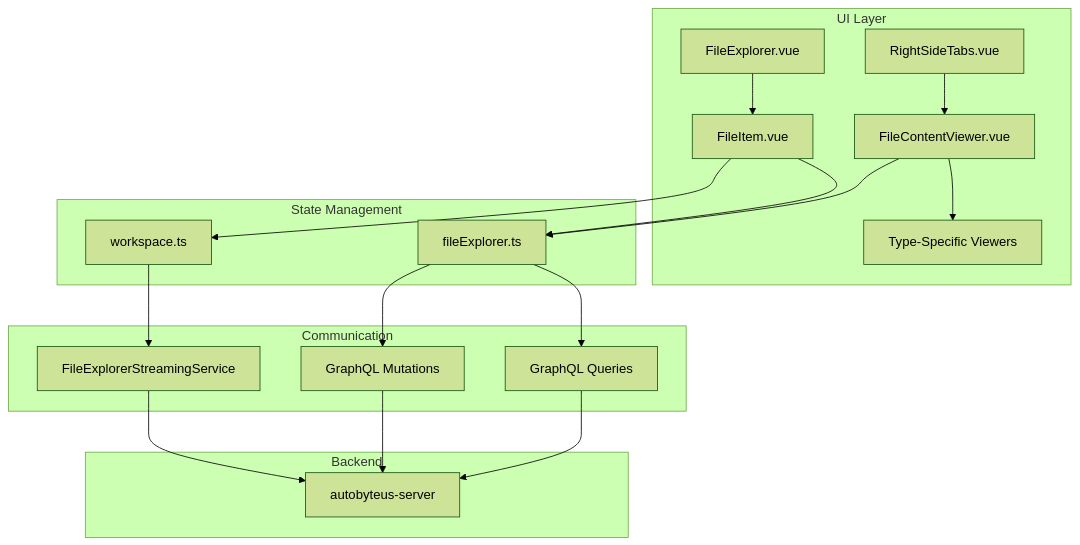
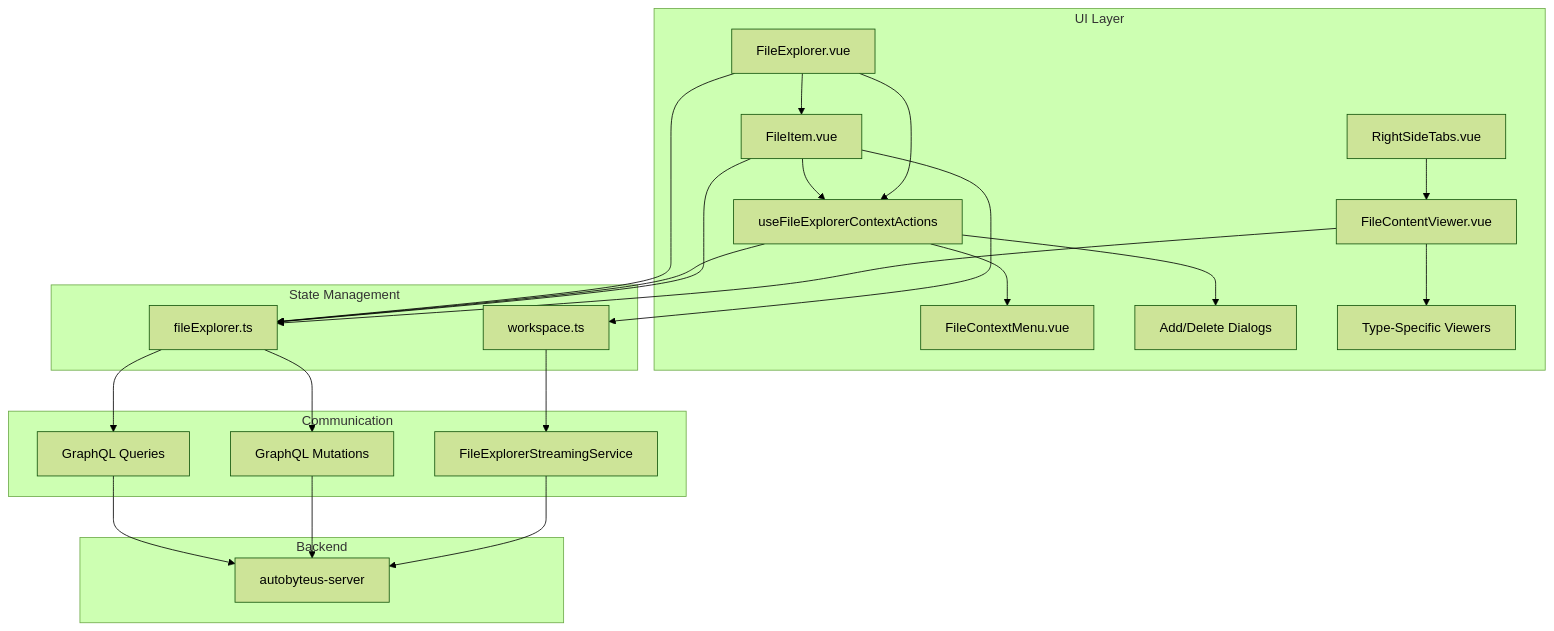
The first of 3 diagrams in autobyteus-web/docs/file_explorer.md (AutoByteus/autobyteus-workspace), drawn with Mermaid (forest theme) before and after one commit. The commit also changed other lines of this file and 43 other files, not shown here.

Commit message:
fix(web): restore file explorer context menu

````diff
--- a/autobyteus-web/docs/file_explorer.md
+++ b/autobyteus-web/docs/file_explorer.md
@@ -63,41 +67,50 @@
 ```mermaid
 flowchart TD
     subgraph "UI Layer"
         FileExplorer[FileExplorer.vue]
         FileItem[FileItem.vue]
+        ContextActions[useFileExplorerContextActions]
+        ContextMenu[FileContextMenu.vue]
+        ContextDialogs[Add/Delete Dialogs]
         RightSideTabs[RightSideTabs.vue]
         FileContentViewer[FileContentViewer.vue]
         Viewers[Type-Specific Viewers]
     end
 
     subgraph "State Management"
         WorkspaceStore[workspace.ts]
         FileExplorerStore[fileExplorer.ts]
     end
 
     subgraph "Communication"
         Queries[GraphQL Queries]
         Mutations[GraphQL Mutations]
         WebSocket[FileExplorerStreamingService]
     end
 
     subgraph "Backend"
         Server[autobyteus-server]
     end
 
     FileExplorer --> FileItem
+    FileItem --> ContextActions
+    FileExplorer --> ContextActions
+    ContextActions --> ContextMenu
+    ContextActions --> ContextDialogs
     RightSideTabs --> FileContentViewer
     FileContentViewer --> Viewers
 
+    FileExplorer --> FileExplorerStore
+    ContextActions --> FileExplorerStore
     FileItem --> FileExplorerStore
     FileItem --> WorkspaceStore
     FileContentViewer --> FileExplorerStore
 
     FileExplorerStore --> Queries
     FileExplorerStore --> Mutations
     WorkspaceStore --> WebSocket
 
     Queries --> Server
     Mutations --> Server
     WebSocket --> Server
 ```
````
